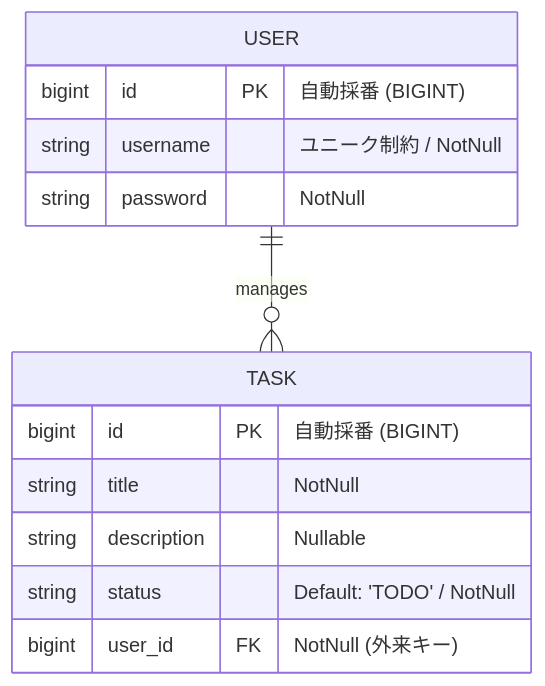
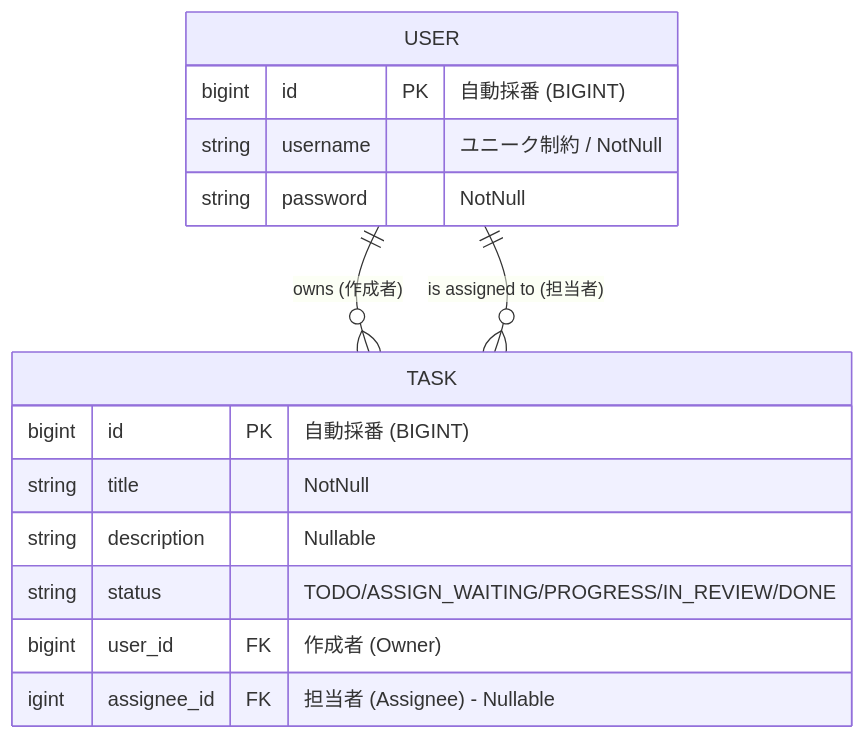
Before and after one commit to pepepki/task-knowledge-management: the first of 3 diagrams in README.md, drawn with Mermaid. The commit also changed other lines of this file and 13 other files, not shown here.

````diff
--- a/README.md
+++ b/README.md
@@ -34,19 +34,21 @@
 ```mermaid
 erDiagram
-    USER ||--o{ TASK : "manages"
+    USER ||--o{ TASK : "owns (作成者)"
+    USER ||--o{ TASK : "is assigned to (担当者)"
     
     USER {
         bigint id PK "自動採番 (BIGINT)"
         string username "ユニーク制約 / NotNull"
         string password "NotNull"
     }
 
     TASK {
         bigint id PK "自動採番 (BIGINT)"
         string title "NotNull"
         string description "Nullable"
-        string status "Default: 'TODO' / NotNull"
-        bigint user_id FK "NotNull (外来キー)"
+        string status "TODO/ASSIGN_WAITING/PROGRESS/IN_REVIEW/DONE"
+        bigint user_id FK "作成者 (Owner)"
+        igint assignee_id FK "担当者 (Assignee) - Nullable"
     }
 
 ```
````
